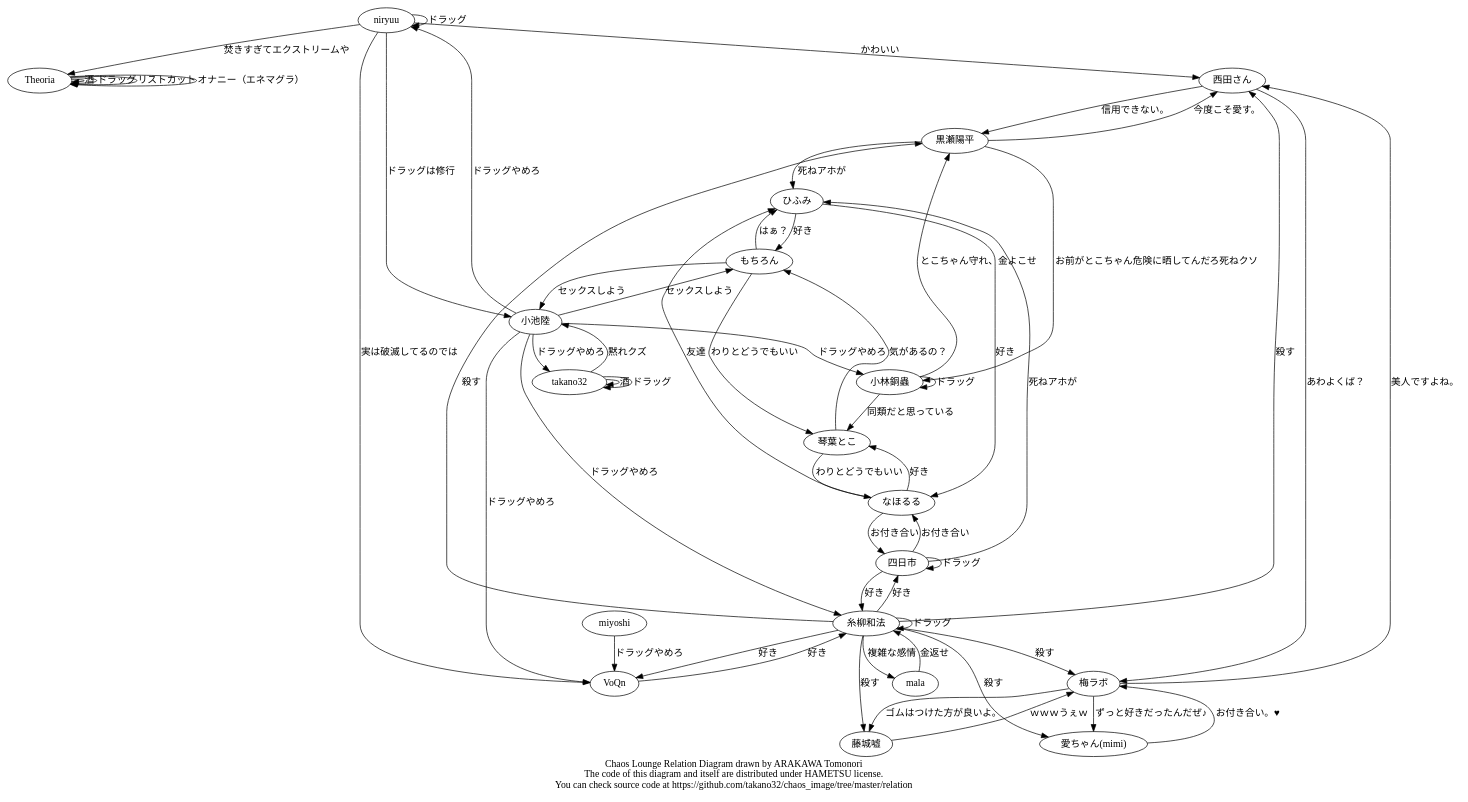
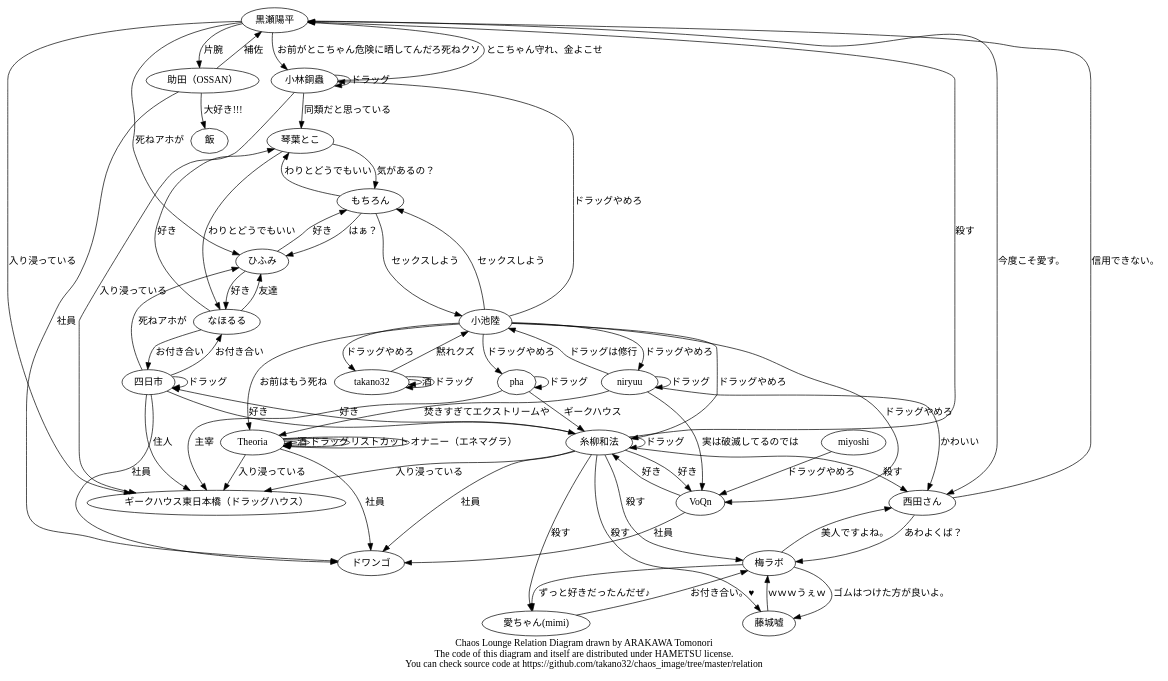
Before and after one commit to hametsu/chaos_image: the diagram in relation/chaos.dot, drawn with Graphviz.

Commit message:
ドワンゴその他追加

```diff
--- a/relation/chaos.dot
+++ b/relation/chaos.dot
@@ -1,65 +1,83 @@
 digraph Chaos {
   Theoria   -> Theoria  [label = "酒"];
   Theoria   -> Theoria  [label = "ドラッグ"];
   Theoria   -> Theoria  [label = "リストカット"];
   Theoria   -> Theoria  [label = "オナニー（エネマグラ）"];
   梅ラボ    -> 藤城嘘   [label = "ゴムはつけた方が良いよ。"];
   梅ラボ    -> 西田さん [label = "美人ですよね。"];
   梅ラボ -> "愛ちゃん(mimi)" [label = "ずっと好きだったんだぜ♪"];
   藤城嘘   -> 梅ラボ   [label = "ｗｗｗうぇｗ"];
   西田さん -> 梅ラボ   [label = "あわよくば？"];
   西田さん -> 黒瀬陽平 [label = "信用できない。"];
   黒瀬陽平 -> 西田さん [label = "今度こそ愛す。"];
   黒瀬陽平 -> 小林銅蟲 [label = "お前がとこちゃん危険に晒してんだろ死ねクソ"];
   黒瀬陽平 -> ひふみ [label = "死ねアホが"];
+  黒瀬陽平 -> 助田（OSSAN） [label =  "片腕"];
+  助田（OSSAN） -> 黒瀬陽平 [label = "補佐"];
+  助田（OSSAN） -> 飯 [label = "大好き!!!"];
   "愛ちゃん(mimi)" -> 梅ラボ [label = "お付き合い。♥"];
   糸柳和法 -> 梅ラボ  [label = "殺す"];
   糸柳和法 -> 藤城嘘   [label = "殺す"];
   糸柳和法 -> 黒瀬陽平 [label = "殺す"];
   糸柳和法 -> 西田さん [label = "殺す"];
   糸柳和法 -> "愛ちゃん(mimi)" [label = "殺す"];
   糸柳和法 -> 四日市 [label = "好き"];
   糸柳和法 -> VoQn [label = "好き"];
-  糸柳和法 -> mala [label = "複雑な感情"];
   糸柳和法 -> 糸柳和法 [label = "ドラッグ"];
-  mala -> 糸柳和法 [label = "金返せ"];
+  pha -> 糸柳和法 [label = "ギークハウス"];
+  pha -> pha [label = "ドラッグ"];
   小池陸 -> 糸柳和法 [label = "ドラッグやめろ"];
   小池陸 -> takano32 [label = "ドラッグやめろ"];
   小池陸 -> 小林銅蟲 [label = "ドラッグやめろ"];
   小池陸 -> VoQn [label = "ドラッグやめろ"];
   小池陸 -> もちろん [label = "セックスしよう"];
   小池陸 -> niryuu [label = "ドラッグやめろ"];
+  小池陸 -> pha [label = "ドラッグやめろ"];
+  小池陸 -> Theoria [label = "お前はもう死ね"];
   もちろん -> 小池陸 [label = "セックスしよう"];
   もちろん -> 琴葉とこ [label = "わりとどうでもいい"];
   もちろん -> ひふみ [label = "はぁ？"];
   miyoshi -> VoQn [label = "ドラッグやめろ"];
   小林銅蟲 -> 黒瀬陽平 [label = "とこちゃん守れ、金よこせ"];
   小林銅蟲 -> 琴葉とこ [label = "同類だと思っている"];
   小林銅蟲 -> 小林銅蟲 [label = "ドラッグ"];
   takano32 -> 小池陸 [label = "黙れクズ"];
   takano32 -> takano32 [label = "酒"];
   takano32 -> takano32 [label = "ドラッグ"];
   なほるる -> 琴葉とこ [label = "好き"];
   なほるる -> 四日市 [label = "お付き合い"];
   なほるる -> ひふみ [label = "友達"];
   琴葉とこ -> なほるる [label = "わりとどうでもいい"];
   琴葉とこ -> もちろん [label = "気があるの？"];
   四日市 -> なほるる [label = "お付き合い"];
   四日市 -> 糸柳和法 [label = "好き"];
   四日市 -> 四日市 [label = "ドラッグ"];
   四日市 -> ひふみ [label = "死ねアホが"];
   ひふみ -> なほるる [label = "好き"];
   ひふみ -> もちろん [label = "好き"];
   VoQn -> 糸柳和法 [label = "好き"];
   niryuu -> 小池陸 [label = "ドラッグは修行"];
   niryuu -> niryuu [label = "ドラッグ"];
   niryuu -> Theoria [label = "焚きすぎてエクストリームや"];
   niryuu -> VoQn [label = "実は破滅してるのでは"];
   niryuu -> 西田さん [label = "かわいい"];
+
+  糸柳和法 -> ギークハウス東日本橋（ドラッグハウス）[label = "入り浸っている"];
+  黒瀬陽平 -> ギークハウス東日本橋（ドラッグハウス）[label = "入り浸っている"];
+  Theoria -> ギークハウス東日本橋（ドラッグハウス）[label = "入り浸っている"];
+  小林銅蟲 -> ギークハウス東日本橋（ドラッグハウス）[label = "入り浸っている"];
+  pha -> ギークハウス東日本橋（ドラッグハウス）[label = "主宰"];
+  四日市 -> ギークハウス東日本橋（ドラッグハウス） [label = "住人"];
+
+  糸柳和法 -> ドワンゴ [label = "社員"];
+  Theoria -> ドワンゴ [label = "社員"];
+  VoQn -> ドワンゴ [label = "社員"];
+  四日市 -> ドワンゴ [label = "社員"];
+  助田（OSSAN） -> ドワンゴ [label = "社員"];
   subgraph cluster_hoge {
     style = filled;
     color = lightgrey;
     // see also http://graphviz.org/content/cluster
   }
   label = "Chaos Lounge Relation Diagram drawn by ARAKAWA Tomonori\nThe code of this diagram and itself are distributed under HAMETSU license.\nYou can check source code at https://github.com/takano32/chaos_image/tree/master/relation";
 }
```
